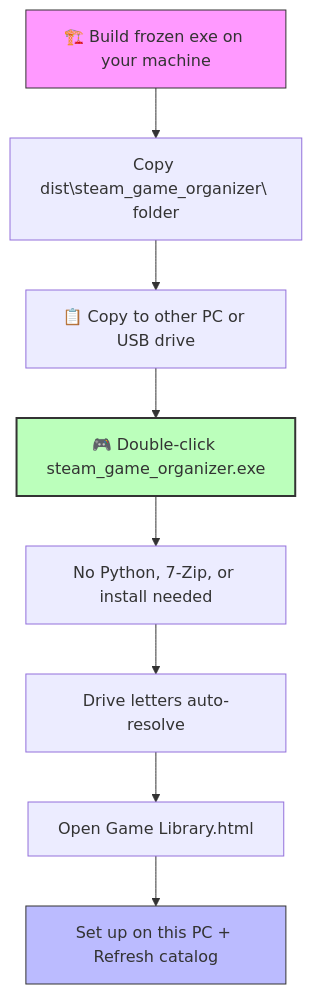
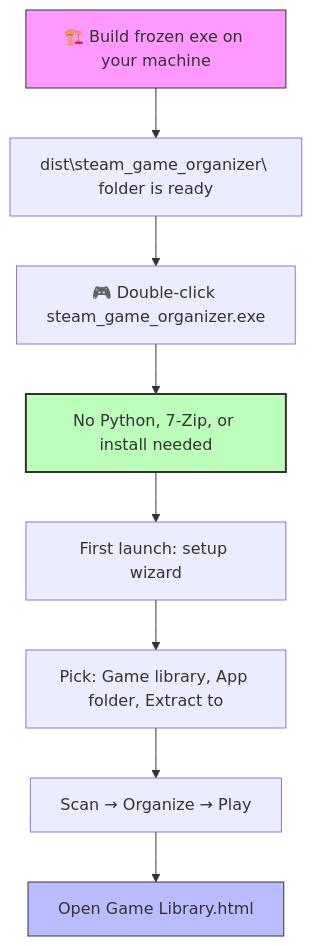
The tenth of 11 diagrams in README.md (smd3235/steam-game-organizer), drawn with Mermaid before and after one commit. The commit also changed other lines of this file and 4 other files, not shown here.

Commit message:
docs: finalize all markdown overhaul with Mermaid diagrams, code links, change-comment rule, remove friend/piracy references

````diff
--- a/README.md
+++ b/README.md
@@ -498,14 +517,14 @@
 ```mermaid
 flowchart TD
-    A[🏗️ Build frozen exe on your machine] --> B[Copy dist\steam_game_organizer\ folder]
-    B --> C[📋 Copy to other PC or USB drive]
-    C --> D[🎮 Double-click steam_game_organizer.exe]
-    D --> E[No Python, 7-Zip, or install needed]
-    E --> F[Drive letters auto-resolve]
-    F --> G[Open Game Library.html]
-    G --> H[Set up on this PC + Refresh catalog]
+    A[🏗️ Build frozen exe on your machine] --> B[dist\steam_game_organizer\ folder is ready]
+    B --> C[🎮 Double-click steam_game_organizer.exe]
+    C --> D[No Python, 7-Zip, or install needed]
+    D --> E[First launch: setup wizard]
+    E --> F[Pick: Game library, App folder, Extract to]
+    F --> G[Scan → Organize → Play]
+    G --> H[Open Game Library.html]
     
     style A fill:#f9f,stroke:#333
     style D fill:#bfb,stroke:#333,stroke-width:2px
     style H fill:#bbf,stroke:#333
 ```
````
